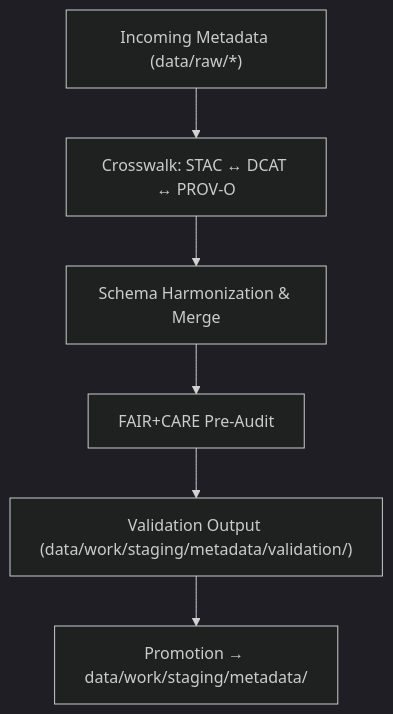
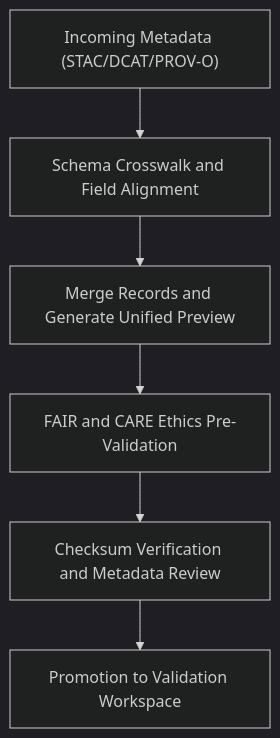
The diagram in data/work/staging/metadata/tmp/README.md (bartytime4life/Kansas-Frontier-Matrix), drawn with Mermaid (dark theme) before and after one commit. The commit also changed other lines of this file, not shown here.

````diff
--- a/data/work/staging/metadata/tmp/README.md
+++ b/data/work/staging/metadata/tmp/README.md
@@ -68,8 +63,8 @@
 ```mermaid
 flowchart TD
-    A["Incoming Metadata (data/raw/*)"] --> B["Crosswalk: STAC ↔ DCAT ↔ PROV-O"]
-    B --> C["Schema Harmonization & Merge"]
-    C --> D["FAIR+CARE Pre-Audit"]
-    D --> E["Validation Output (data/work/staging/metadata/validation/)"]
-    E --> F["Promotion → data/work/staging/metadata/"]
+    A["Incoming Metadata (STAC/DCAT/PROV-O)"] --> B["Schema Crosswalk and Field Alignment"]
+    B --> C["Merge Records and Generate Unified Preview"]
+    C --> D["FAIR and CARE Ethics Pre-Validation"]
+    D --> E["Checksum Verification and Metadata Review"]
+    E --> F["Promotion to Validation Workspace"]
 ```
````
